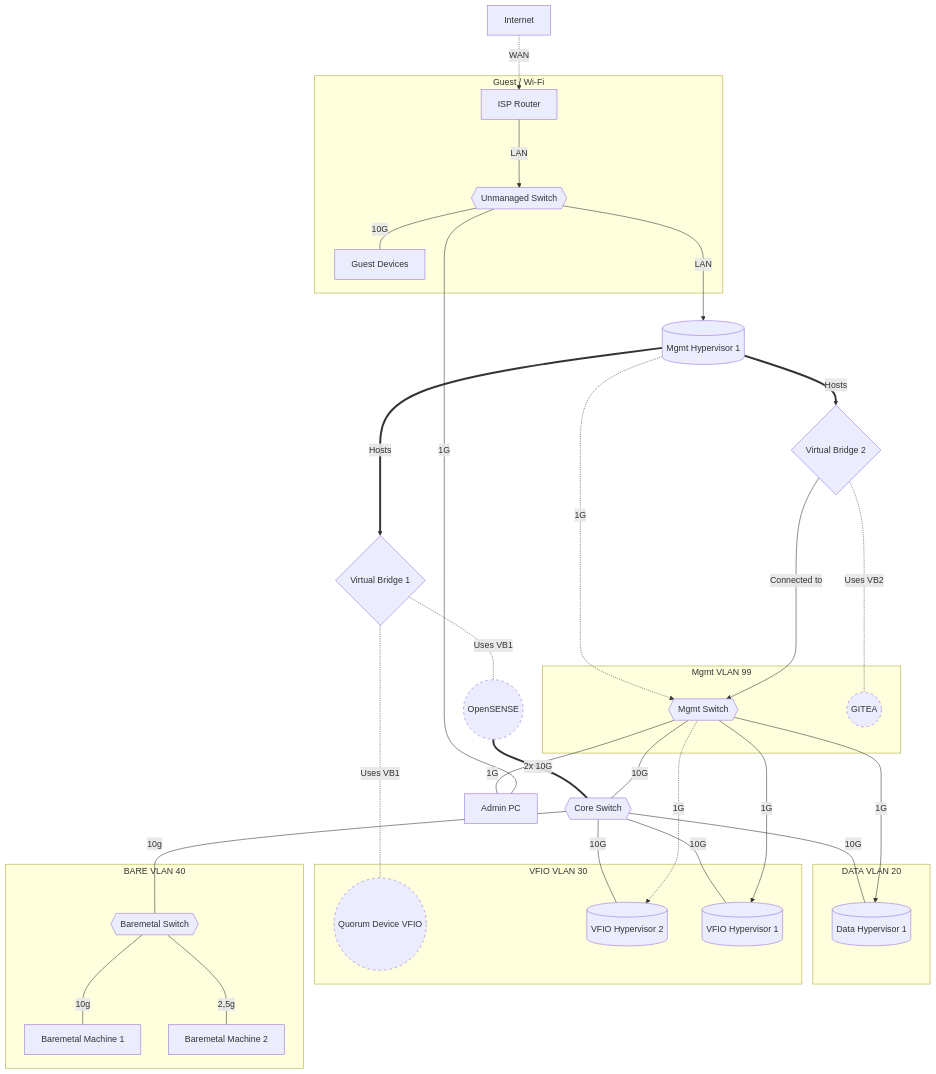
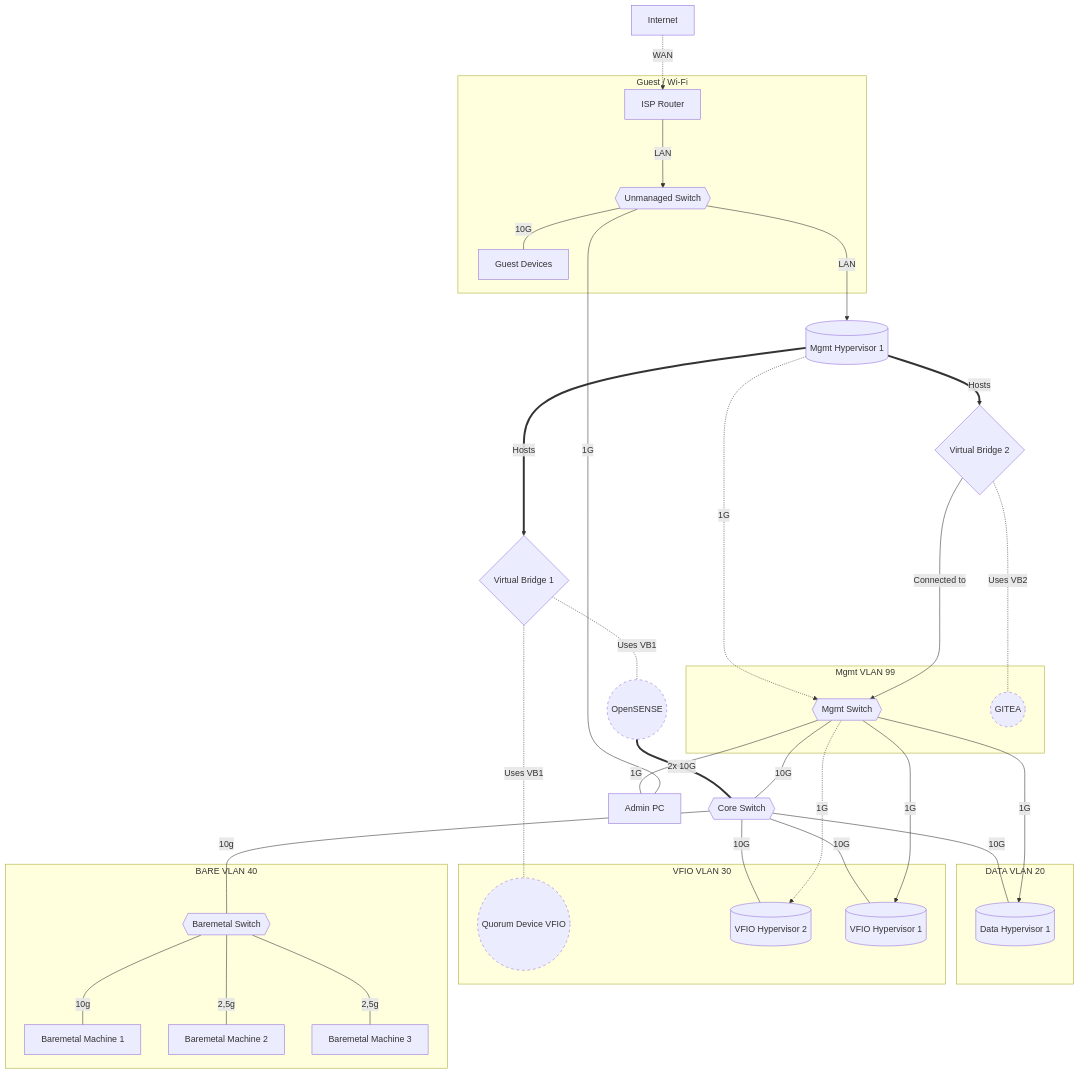
One commit to woeiru/lab changed the diagram in alp/netop.md. Above: the diagram before and after it, drawn with Mermaid.

Commit message:
alp/netop.md: add baremetal machine 3

````diff
--- a/alp/netop.md
+++ b/alp/netop.md
@@ -3,52 +3,54 @@
 ```mermaid
 graph TD
     INT[Internet] -.-> |WAN| ISPR[ISP Router]
     ISPR ---> |LAN| US
     US{{Unmanaged Switch}} ---> |LAN| MH1
     VB1{Virtual Bridge 1} -.- |"Uses VB1"| QDV((Quorum Device VFIO))
     VB1 -.- |"Uses VB1"| OPN((OpenSENSE))
     OPN ===|"2x 10G"| CS{{Core Switch}}
     MH1[(Mgmt Hypervisor 1)] -.-> |"1G"| MS{{Mgmt Switch}}
     MS --- |"10G"| CS
     MS ---|"1G"| APC[Admin PC]
     APC ---|"1G"| US
     MH1 ==>|"Hosts"| VB1
     MH1 ==>|"Hosts"| VB2{Virtual Bridge 2}
     VB2 -.- |"Uses VB2"| GIT((GITEA))
     VB2 ---> |"Connected to"| MS
     CS ---|"10G"| VH2[(VFIO Hypervisor 2)]
     MS -.->|"1G"| VH2
     US ---|"10G"| GD[Guest Devices]
     CS ---|"10G"| VH1[(VFIO Hypervisor 1)]
     MS --->|"1G"| VH1
     CS ---|"10G"| DH1[(Data Hypervisor 1)]
     MS --->|"1G"| DH1
     CS ---|"10g"| BMS{{Baremetal Switch}}
     BMS ---|"10g"| BM1[Baremetal Machine 1]
     BMS ---|"2,5g"| BM2[Baremetal Machine 2]
+    BMS ---|"2,5g"| BM3[Baremetal Machine 3]
     subgraph VLAN20 [DATA VLAN 20]
         DH1
     end
     subgraph VLAN30 [VFIO VLAN 30]
         VH1
         VH2
         QDV
     end
     subgraph VLAN40 [BARE VLAN 40]
        BMS
        BM1 
        BM2 
+       BM3 
     end
 
     subgraph VLAN99 [Mgmt VLAN 99]
         MS
         GIT
     end
     subgraph Guest [Guest / Wi-Fi]
         ISPR
         GD
         US
     end
     classDef punctuated stroke-dasharray: 5 5;
     class GIT,QDV,OPN punctuated;
 ```
````
